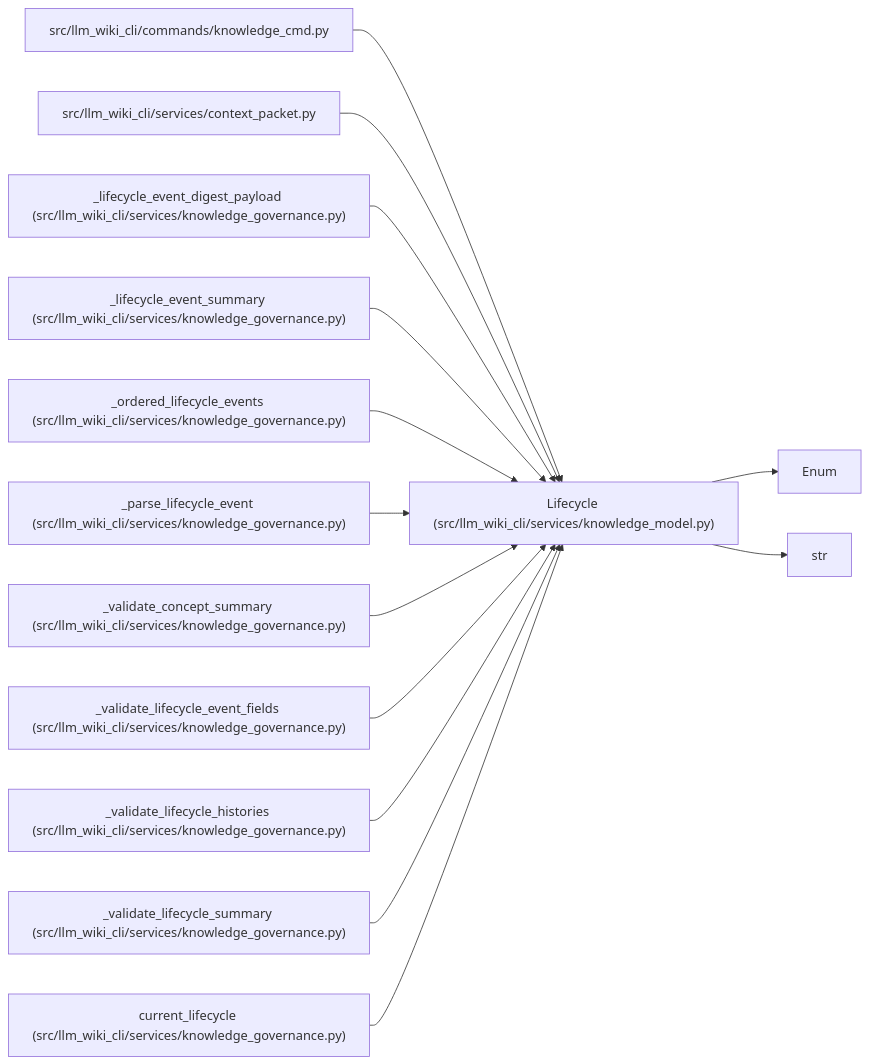
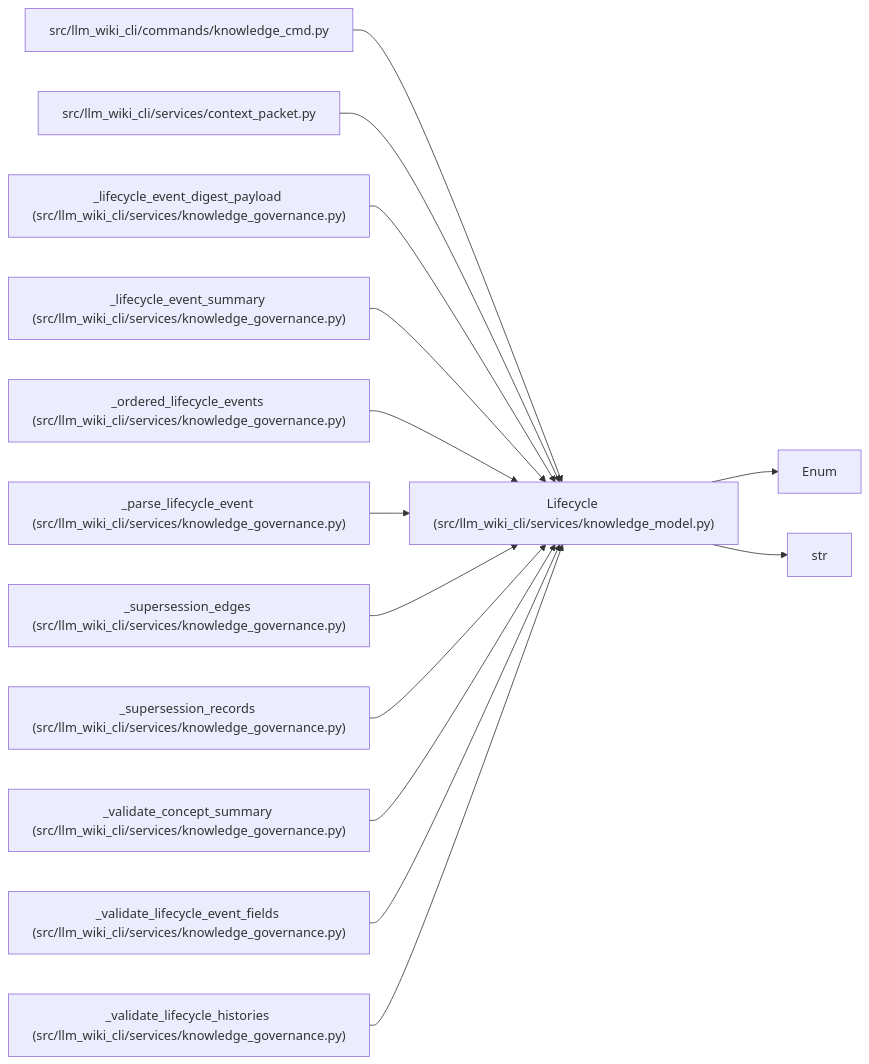
One commit to Denissvgn/python-wiki-llm changed the diagram in docs/llm_wiki/entities/Lifecycle.md. Above: the diagram before and after it, drawn with Mermaid. The commit also changed other lines of this file and 363 other files, not shown here.

````diff
--- a/docs/llm_wiki/entities/Lifecycle.md
+++ b/docs/llm_wiki/entities/Lifecycle.md
@@ -29,42 +29,42 @@
 ```mermaid
 flowchart LR
     n0["Lifecycle (src/llm_wiki_cli/services/knowledge_model.py)"]
     n1["Enum"]
     n2["str"]
     n3["src/llm_wiki_cli/commands/knowledge_cmd.py"]
     n4["src/llm_wiki_cli/services/context_packet.py"]
     n5["_lifecycle_event_digest_payload (src/llm_wiki_cli/services/knowledge_governance.py)"]
     n6["_lifecycle_event_summary (src/llm_wiki_cli/services/knowledge_governance.py)"]
     n7["_ordered_lifecycle_events (src/llm_wiki_cli/services/knowledge_governance.py)"]
     n8["_parse_lifecycle_event (src/llm_wiki_cli/services/knowledge_governance.py)"]
-    n9["_validate_concept_summary (src/llm_wiki_cli/services/knowledge_governance.py)"]
-    n10["_validate_lifecycle_event_fields (src/llm_wiki_cli/services/knowledge_governance.py)"]
-    n11["_validate_lifecycle_histories (src/llm_wiki_cli/services/knowledge_governance.py)"]
-    n12["_validate_lifecycle_summary (src/llm_wiki_cli/services/knowledge_governance.py)"]
-    n13["current_lifecycle (src/llm_wiki_cli/services/knowledge_governance.py)"]
+    n9["_supersession_edges (src/llm_wiki_cli/services/knowledge_governance.py)"]
+    n10["_supersession_records (src/llm_wiki_cli/services/knowledge_governance.py)"]
+    n11["_validate_concept_summary (src/llm_wiki_cli/services/knowledge_governance.py)"]
+    n12["_validate_lifecycle_event_fields (src/llm_wiki_cli/services/knowledge_governance.py)"]
+    n13["_validate_lifecycle_histories (src/llm_wiki_cli/services/knowledge_governance.py)"]
     n0 --> n1
     n0 --> n2
     n3 --> n0
     n4 --> n0
     n5 --> n0
     n6 --> n0
     n7 --> n0
     n8 --> n0
     n9 --> n0
     n10 --> n0
     n11 --> n0
     n12 --> n0
     n13 --> n0
     click n0 "../modules/knowledge_model.md"
     click n3 "../modules/knowledge_cmd.md"
     click n4 "../modules/context_packet.md"
     click n5 "../modules/knowledge_governance.md"
     click n6 "../modules/knowledge_governance.md"
     click n7 "../modules/knowledge_governance.md"
     click n8 "../modules/knowledge_governance.md"
     click n9 "../modules/knowledge_governance.md"
     click n10 "../modules/knowledge_governance.md"
     click n11 "../modules/knowledge_governance.md"
     click n12 "../modules/knowledge_governance.md"
     click n13 "../modules/knowledge_governance.md"
 ```
````
